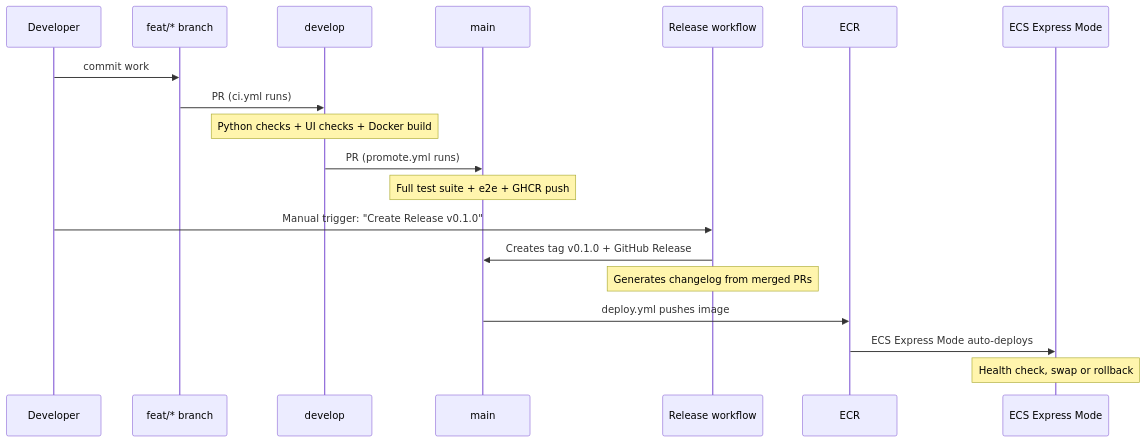
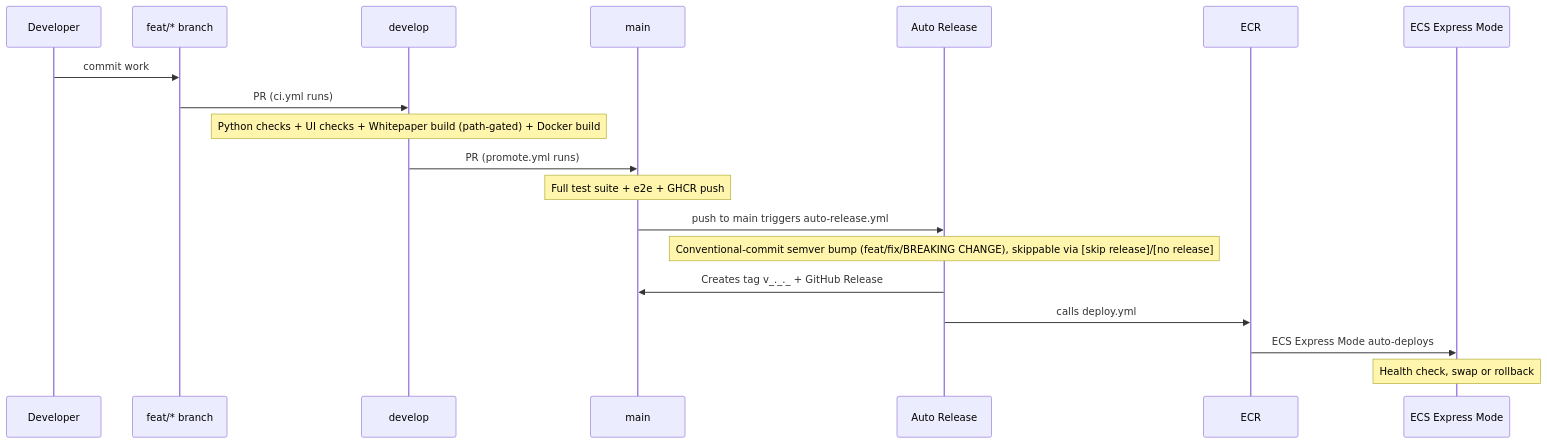
The second of 5 diagrams in .github/workflows.md (ricardogr07/shelter-pulse), drawn with Mermaid before and after one commit. The commit also changed other lines of this file, not shown here.

First line of the commit message:
docs: rewrite CI/CD workflow reference for accuracy

````diff
--- a/.github/workflows.md
+++ b/.github/workflows.md
@@ -27,22 +27,22 @@
 ```mermaid
 sequenceDiagram
     participant Dev as Developer
     participant F as feat/* branch
     participant D as develop
     participant M as main
-    participant R as Release workflow
+    participant AR as Auto Release
     participant ECR as ECR
     participant ECS as ECS Express Mode
 
     Dev->>F: commit work
     F->>D: PR (ci.yml runs)
-    Note over D: Python checks + UI checks + Docker build
+    Note over D: Python checks + UI checks + Whitepaper build (path-gated) + Docker build
     D->>M: PR (promote.yml runs)
     Note over M: Full test suite + e2e + GHCR push
-    Dev->>R: Manual trigger: "Create Release v0.1.0"
-    R->>M: Creates tag v0.1.0 + GitHub Release
-    Note over R: Generates changelog from merged PRs
-    M->>ECR: deploy.yml pushes image
+    M->>AR: push to main triggers auto-release.yml
+    Note over AR: Conventional-commit semver bump (feat/fix/BREAKING CHANGE), skippable via [skip release]/[no release]
+    AR->>M: Creates tag v_._._  + GitHub Release
+    AR->>ECR: calls deploy.yml
     ECR->>ECS: ECS Express Mode auto-deploys
     Note over ECS: Health check, swap or rollback
 ```
````
